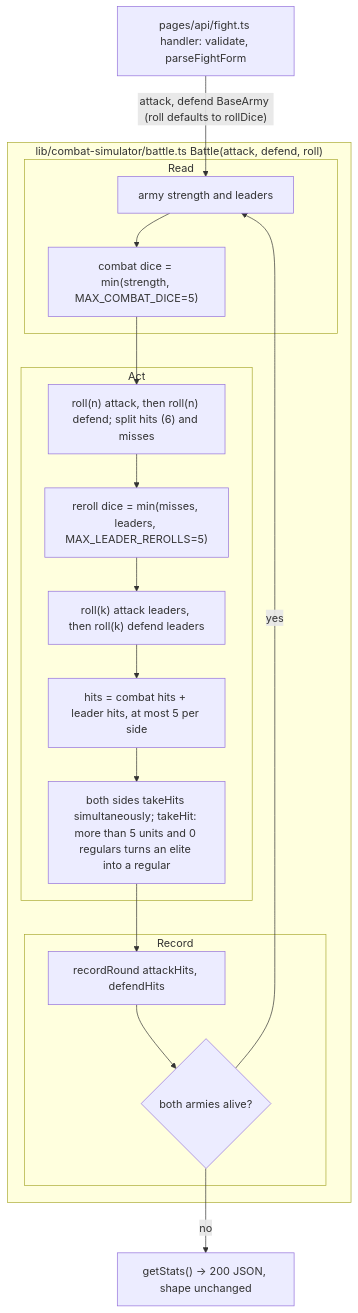
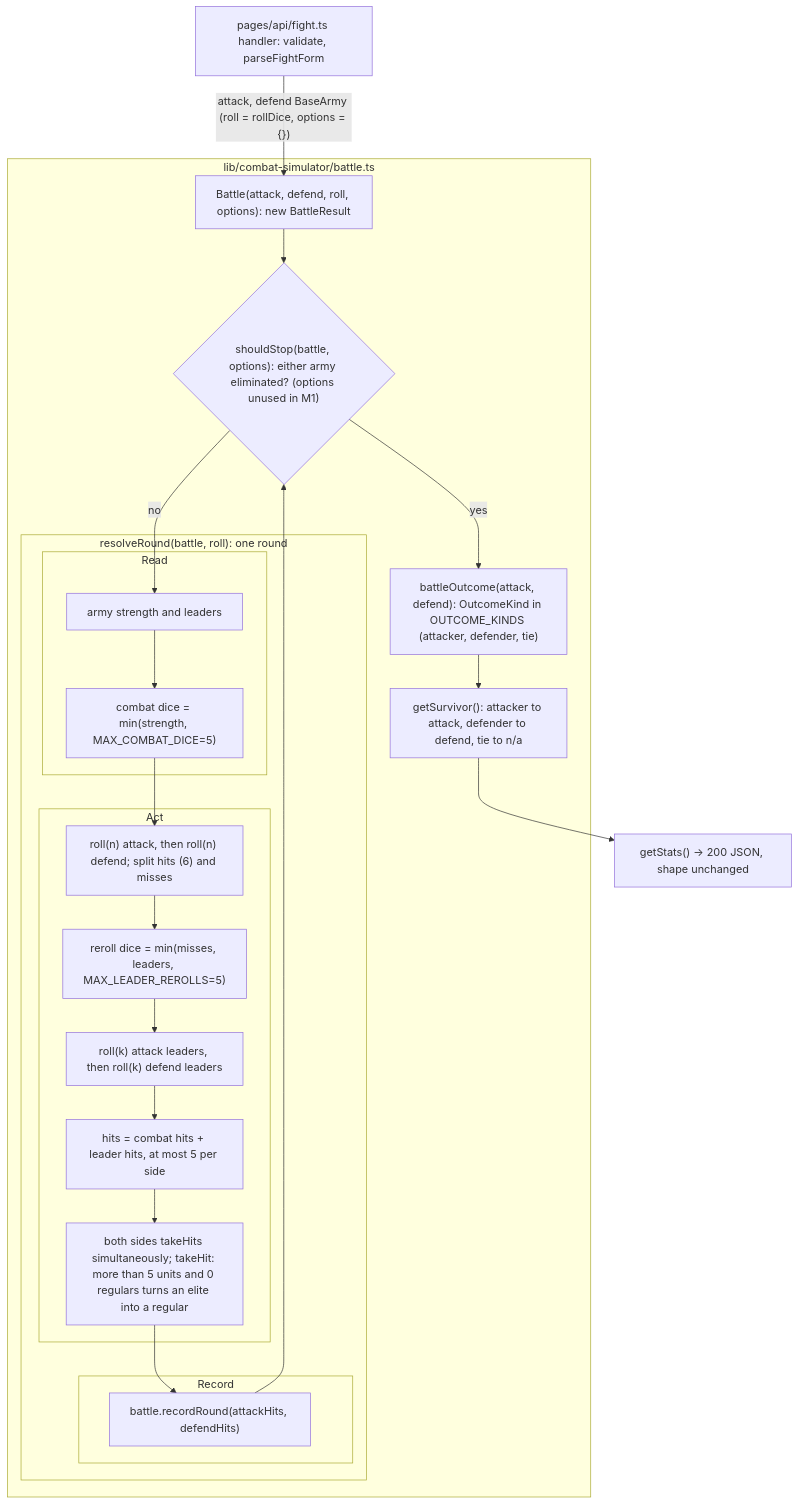
One commit to NicholasKChoi/WOTR_Combat_Simulator changed the diagram in projects/strategy-game-sim/tickets/SGS-004-wotr-combat-caps.md. Above: the diagram before and after it, drawn with Mermaid. The commit also changed other lines of this file and 7 other files, not shown here.

````diff
--- a/projects/strategy-game-sim/tickets/SGS-004-wotr-combat-caps.md
+++ b/projects/strategy-game-sim/tickets/SGS-004-wotr-combat-caps.md
@@ -112,22 +156,28 @@
 ```mermaid
 flowchart TD
-  H["pages/api/fight.ts handler: validate, parseFightForm"] -->|"attack, defend BaseArmy (roll defaults to rollDice)"| A
-  subgraph lib["lib/combat-simulator/battle.ts Battle(attack, defend, roll)"]
-    subgraph Read
-      A[army strength and leaders] --> B["combat dice = min(strength, MAX_COMBAT_DICE=5)"]
+  H["pages/api/fight.ts handler: validate, parseFightForm"] -->|"attack, defend BaseArmy (roll = rollDice, options = {})"| NEW
+  subgraph lib["lib/combat-simulator/battle.ts"]
+    NEW["Battle(attack, defend, roll, options): new BattleResult"] --> STOP
+    STOP{"shouldStop(battle, options): either army eliminated? (options unused in M1)"}
+    STOP -- no --> A
+    subgraph RR["resolveRound(battle, roll): one round"]
+      subgraph Read
+        A[army strength and leaders] --> B["combat dice = min(strength, MAX_COMBAT_DICE=5)"]
+      end
+      subgraph Act
+        B --> C["roll(n) attack, then roll(n) defend; split hits (6) and misses"]
+        C --> D["reroll dice = min(misses, leaders, MAX_LEADER_REROLLS=5)"]
+        D --> E["roll(k) attack leaders, then roll(k) defend leaders"]
+        E --> F["hits = combat hits + leader hits, at most 5 per side"]
+        F --> G["both sides takeHits simultaneously; takeHit: more than 5 units and 0 regulars turns an elite into a regular"]
+      end
+      subgraph Record
+        G --> R["battle.recordRound(attackHits, defendHits)"]
+      end
     end
-    subgraph Act
-      B --> C["roll(n) attack, then roll(n) defend; split hits (6) and misses"]
-      C --> D["reroll dice = min(misses, leaders, MAX_LEADER_REROLLS=5)"]
-      D --> E["roll(k) attack leaders, then roll(k) defend leaders"]
-      E --> F["hits = combat hits + leader hits, at most 5 per side"]
-      F --> G["both sides takeHits simultaneously; takeHit: more than 5 units and 0 regulars turns an elite into a regular"]
-    end
-    subgraph Record
-      G --> R[recordRound attackHits, defendHits]
-      R --> I{both armies alive?}
-      I -- yes --> A
-    end
+    R --> STOP
+    STOP -- yes --> O["battleOutcome(attack, defend): OutcomeKind in OUTCOME_KINDS (attacker, defender, tie)"]
+    O --> SV["getSurvivor(): attacker to attack, defender to defend, tie to n/a"]
   end
-  I -- no --> S["getStats() -> 200 JSON, shape unchanged"]
+  SV --> S["getStats() -> 200 JSON, shape unchanged"]
 ```
````
